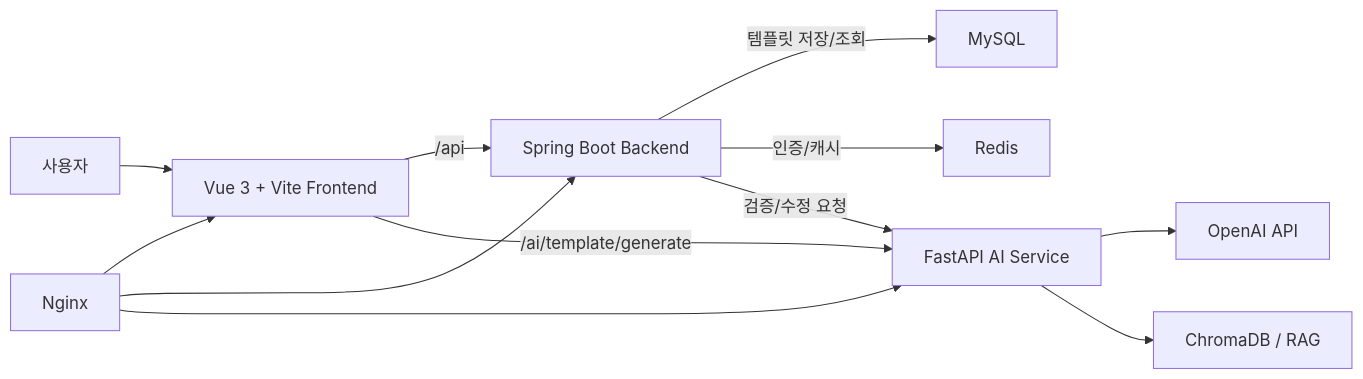
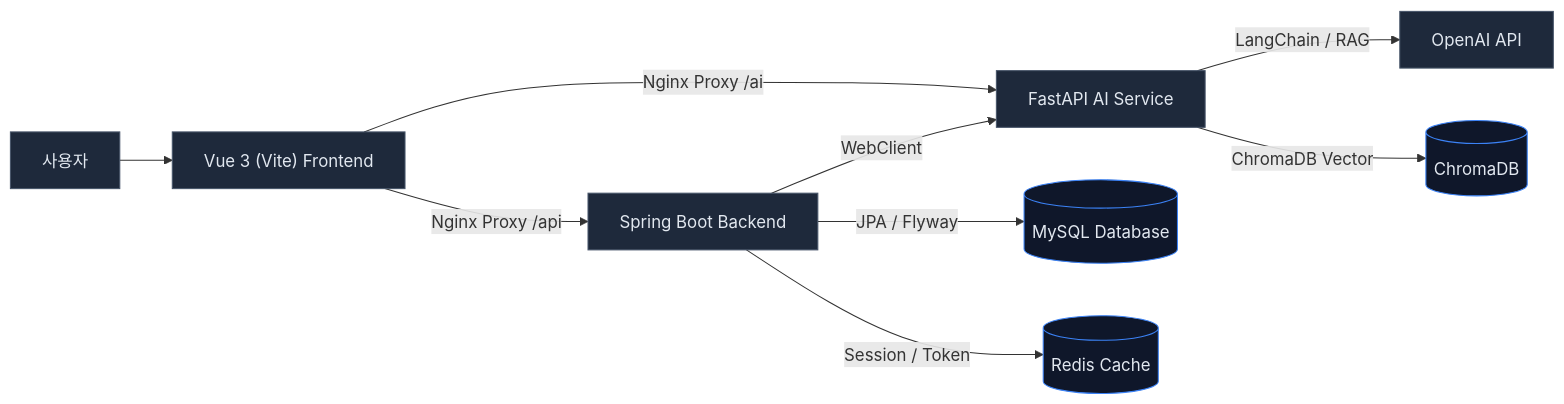
One commit to choichanwoo001/jober-collaboration-project changed the second of 2 diagrams in README.md. Above: the diagram before and after it, drawn with Mermaid. The commit also changed other lines of this file, not shown here.

````diff
--- a/README.md
+++ b/README.md
@@ -72,14 +57,18 @@
 ```mermaid
 flowchart LR
-    User["사용자"] --> Front["Vue 3 + Vite Frontend"]
-    Front -->|/api| Back["Spring Boot Backend"]
-    Front -->|/ai/template/generate| AI["FastAPI AI Service"]
-    Back -->|템플릿 저장/조회| MySQL["MySQL"]
-    Back -->|인증/캐시| Redis["Redis"]
-    Back -->|검증/수정 요청| AI
-    AI --> OpenAI["OpenAI API"]
-    AI --> Chroma["ChromaDB / RAG"]
-    Nginx["Nginx"] --> Front
-    Nginx --> Back
-    Nginx --> AI
+    User["사용자"] --> Front["Vue 3 (Vite) Frontend"]
+    Front -->|Nginx Proxy /api| Back["Spring Boot Backend"]
+    Front -->|Nginx Proxy /ai| AI["FastAPI AI Service"]
+    Back -->|JPA / Flyway| MySQL[("MySQL Database")]
+    Back -->|Session / Token| Redis[("Redis Cache")]
+    Back -->|WebClient| AI
+    AI -->|LangChain / RAG| OpenAI["OpenAI API"]
+    AI -->|ChromaDB Vector| Chroma[("ChromaDB")]
+
+    %% 스타일 정의 (깃허브 다크모드 최적화 저대비 색상)
+    classDef mainNode fill:#1e293b,stroke:#475569,stroke-width:1px,color:#e2e8f0;
+    classDef dbNode fill:#0f172a,stroke:#3b82f6,stroke-width:1px,color:#e2e8f0;
+    
+    class User,Front,Back,AI,OpenAI mainNode;
+    class MySQL,Redis,Chroma dbNode;
 ```
````
